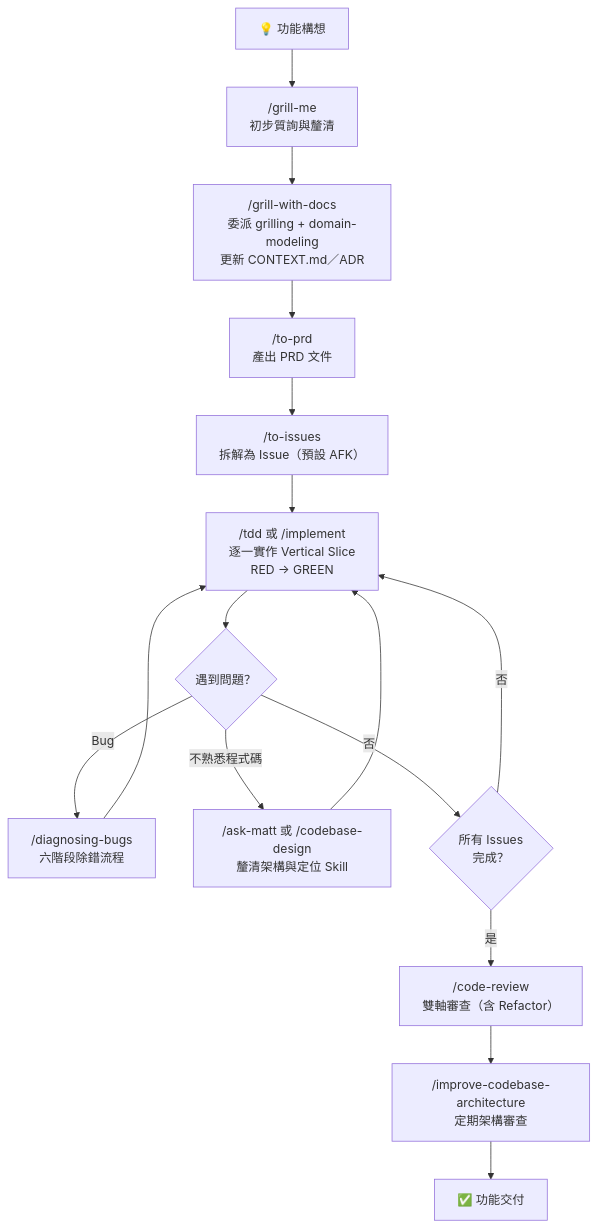
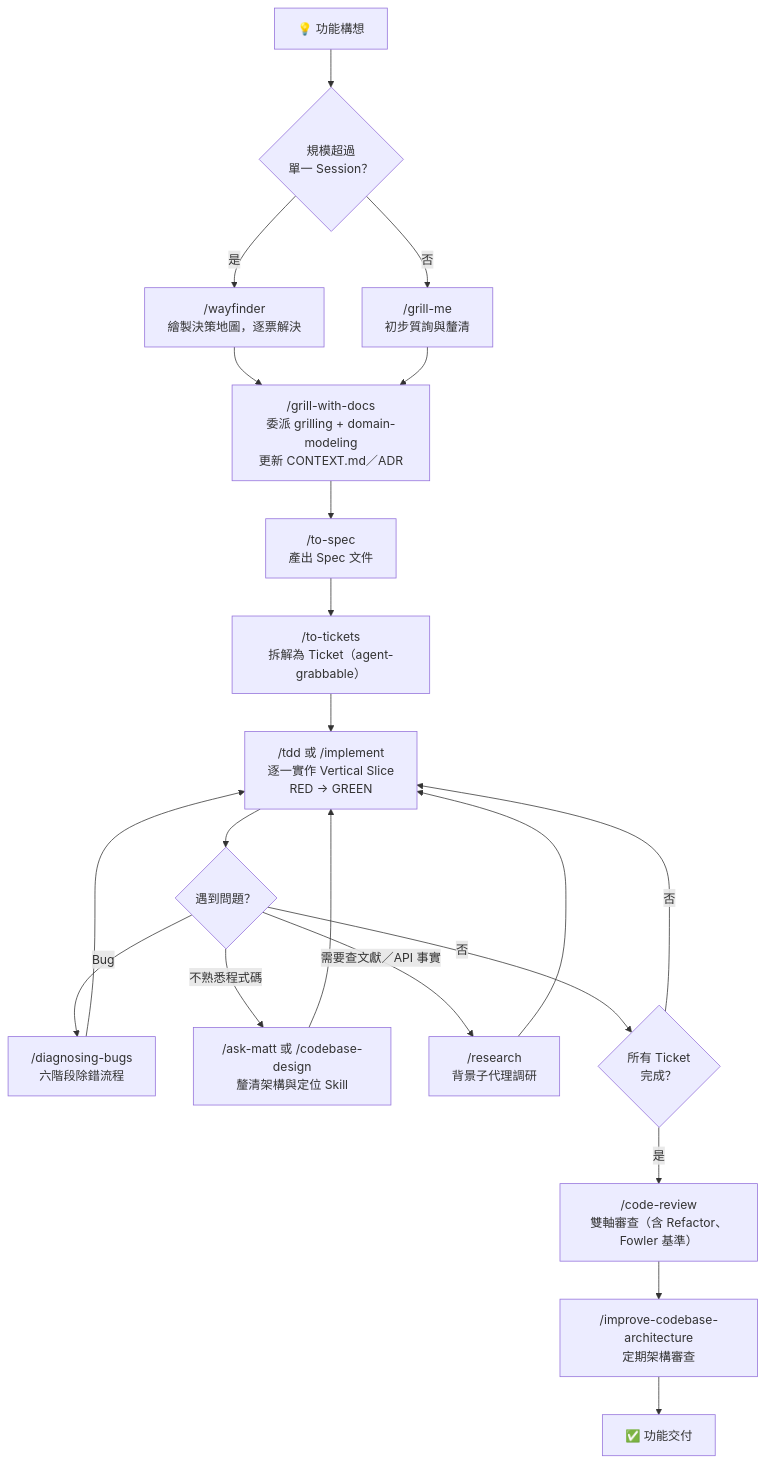
One commit to chihhung/Blog changed diagram 13 of 15 in content/posts/教學/AI開發/mattpocock skills 教學手冊.md. Above: the diagram before and after it, drawn with Mermaid. The commit also changed other lines of this file, not shown here.

````diff
--- a/content/posts/教學/AI開發/mattpocock skills 教學手冊.md
+++ b/content/posts/教學/AI開發/mattpocock skills 教學手冊.md
@@ -2190,18 +2341,23 @@
 ```mermaid
 flowchart TD
-    A["💡 功能構想"] --> B["/grill-me<br/>初步質詢與釐清"]
+    A["💡 功能構想"] --> Z{"規模超過<br/>單一 Session？"}
+    Z -->|"是"| W["/wayfinder<br/>繪製決策地圖，逐票解決"]
+    W --> C
+    Z -->|"否"| B["/grill-me<br/>初步質詢與釐清"]
     B --> C["/grill-with-docs<br/>委派 grilling + domain-modeling<br/>更新 CONTEXT.md／ADR"]
-    C --> D["/to-prd<br/>產出 PRD 文件"]
-    D --> E["/to-issues<br/>拆解為 Issue（預設 AFK）"]
+    C --> D["/to-spec<br/>產出 Spec 文件"]
+    D --> E["/to-tickets<br/>拆解為 Ticket（agent-grabbable）"]
     E --> F["/tdd 或 /implement<br/>逐一實作 Vertical Slice<br/>RED → GREEN"]
     F --> G{"遇到問題？"}
     G -->|"Bug"| H["/diagnosing-bugs<br/>六階段除錯流程"]
     G -->|"不熟悉程式碼"| I["/ask-matt 或 /codebase-design<br/>釐清架構與定位 Skill"]
-    G -->|"否"| J{"所有 Issues<br/>完成？"}
+    G -->|"需要查文獻／API 事實"| R["/research<br/>背景子代理調研"]
+    G -->|"否"| J{"所有 Ticket<br/>完成？"}
     H --> F
     I --> F
+    R --> F
     J -->|"否"| F
-    J -->|"是"| K["/code-review<br/>雙軸審查（含 Refactor）"]
+    J -->|"是"| K["/code-review<br/>雙軸審查（含 Refactor、Fowler 基準）"]
     K --> L["/improve-codebase-architecture<br/>定期架構審查"]
     L --> M["✅ 功能交付"]
 ```
````
